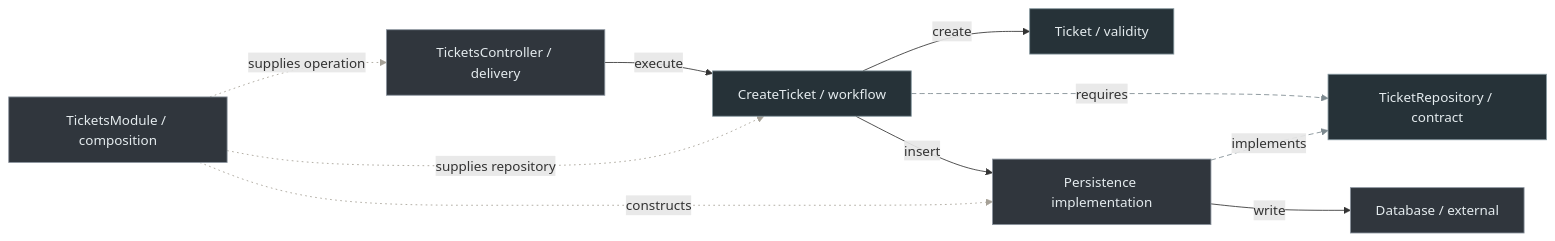
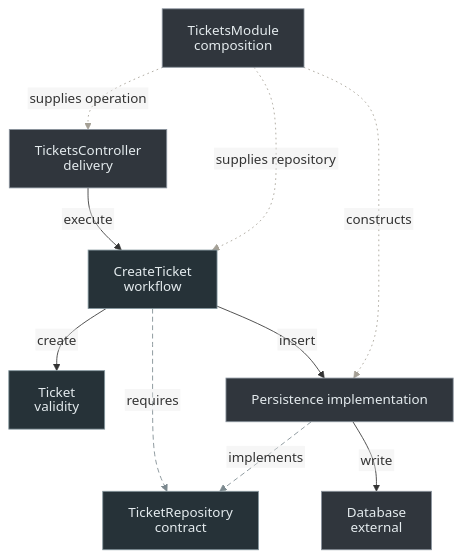
Before and after one commit to AndresTaoFlorez/software-architecture: the diagram in architecture/backend/4-create-ticket-with-nestjs.md, drawn with Mermaid. The commit also changed other lines of this file and 79 other files, not shown here.

````diff
--- a/architecture/backend/4-create-ticket-with-nestjs.md
+++ b/architecture/backend/4-create-ticket-with-nestjs.md
@@ -176,18 +201,19 @@
 ```mermaid
-flowchart LR
-    C["TicketsController / delivery"] -->|"execute"| U["CreateTicket / workflow"]
-    U -->|"create"| D["Ticket / validity"]
+%%{init: {"htmlLabels": false, "flowchart": {"htmlLabels": false, "nodeSpacing": 28, "rankSpacing": 48, "diagramPadding": 20, "wrappingWidth": 280}, "sequence": {"wrap": true, "diagramMarginX": 20, "diagramMarginY": 20}}}%%
+flowchart TB
+    C["TicketsController<br/>delivery"] -->|"execute"| U["CreateTicket<br/>workflow"]
+    U -->|"create"| D["Ticket<br/>validity"]
     U -->|"insert"| I["Persistence implementation"]
-    I -->|"write"| DB["Database / external"]
-    U -. "requires" .-> P["TicketRepository / contract"]
+    I -->|"write"| DB["Database<br/>external"]
+    U -. "requires" .-> P["TicketRepository<br/>contract"]
     I -. "implements" .-> P
-    M["TicketsModule / composition"] -. "supplies operation" .-> C
+    M["TicketsModule<br/>composition"] -. "supplies operation" .-> C
     M -. "supplies repository" .-> U
     M -. "constructs" .-> I
     classDef policy fill:#263238,stroke:#85979e,color:#e4ebee
     classDef outer fill:#30363d,stroke:#8b949e,color:#e4ebee
     class U,D,P policy
     class C,I,M,DB outer
     linkStyle 4,5 stroke:#7c898f,stroke-width:1px,stroke-dasharray:6 4
     linkStyle 6,7,8 stroke:#a5a096,stroke-width:1px,stroke-dasharray:2 4
 ```
````
